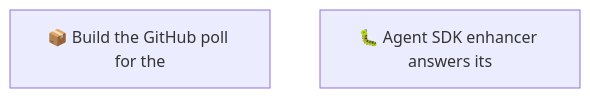
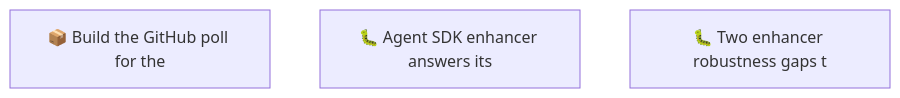
Before and after one commit to RichardHightower/reliable-agentic-lab: the second of 2 diagrams in docs/roadmap.md, drawn with Mermaid. The commit also changed other lines of this file and 1 other file, not shown here.

First line of the commit message:
Log the two enhancer gaps left for both runtime ports (#110)

````diff
--- a/docs/roadmap.md
+++ b/docs/roadmap.md
@@ -50,5 +55,6 @@
 ```mermaid
 graph TD
     01M12SG1CQ9J0PZW9KW4E01PYP["📦 Build the GitHub poll for the"]
     01M12SG9VN7PCKTF5Q5MHRZNC6["🐛 Agent SDK enhancer answers its"]
+    01M12T09RFH8TP0RAWN4QN23YM["🐛 Two enhancer robustness gaps t"]
 ```
````
